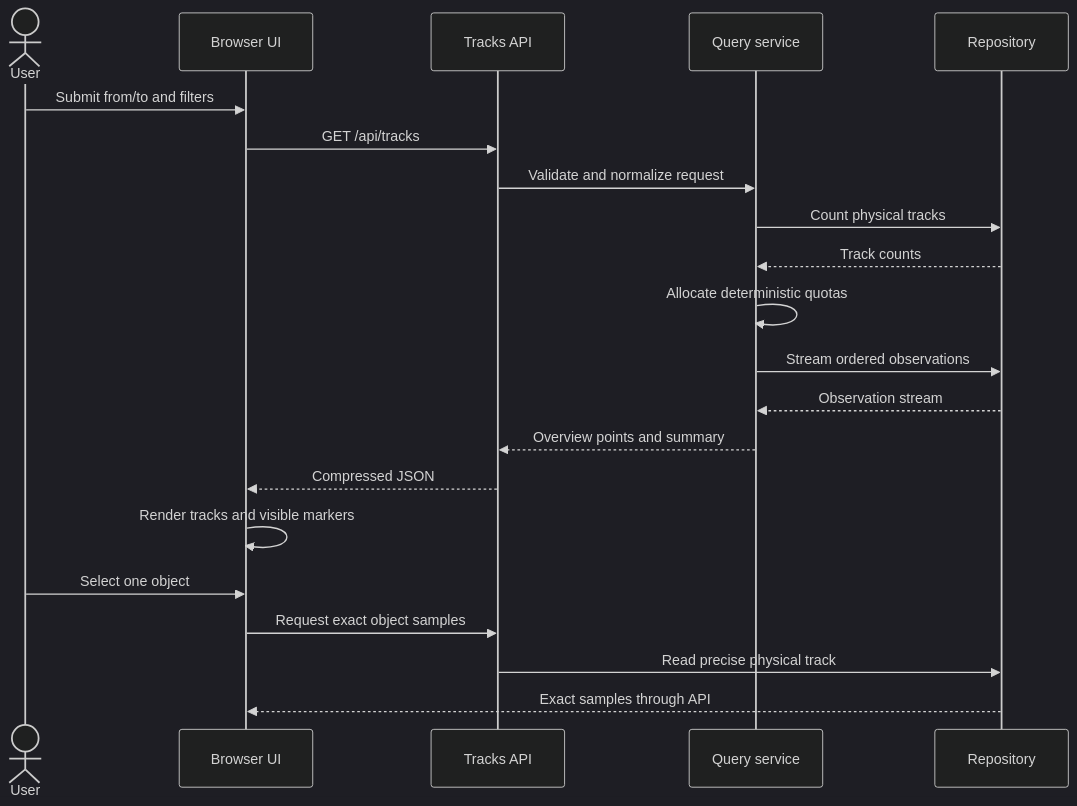
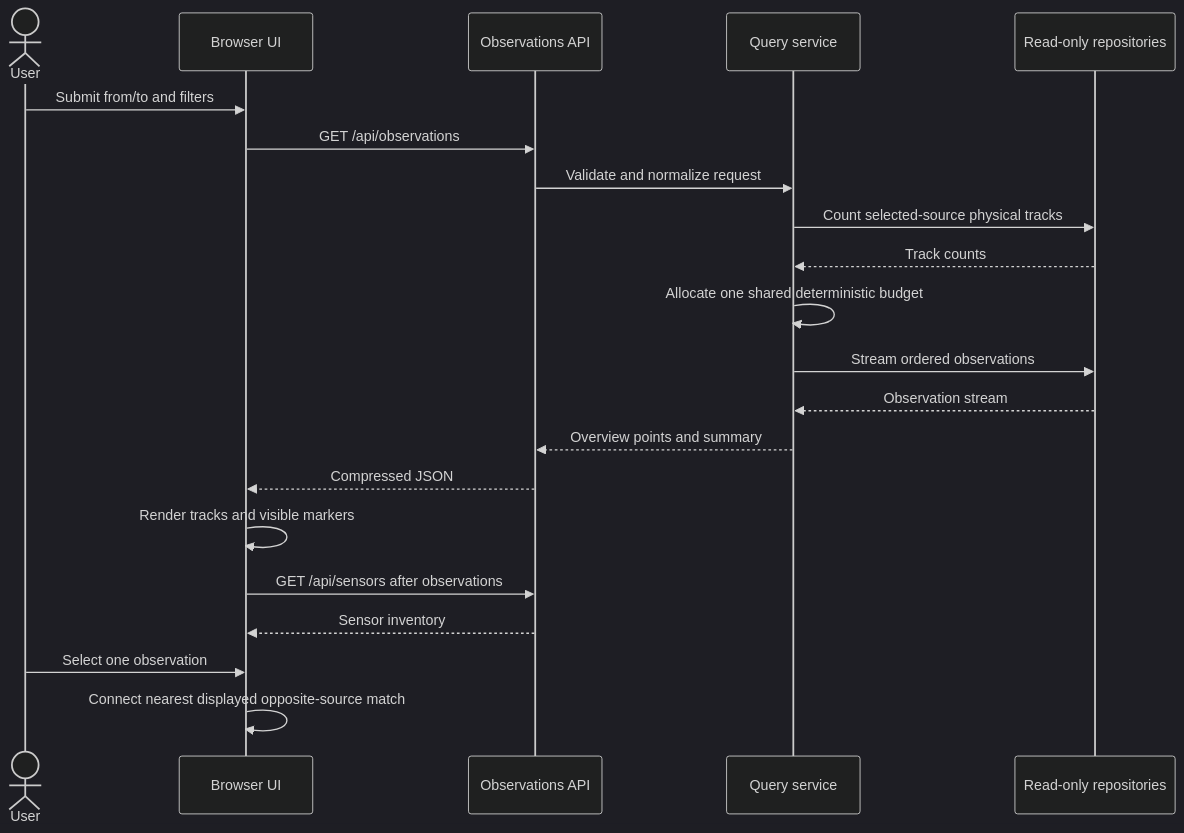
Before and after one commit to krait4g/radar-correction-explorer: the second of 2 diagrams in docs/ARCHITECTURE.md, drawn with Mermaid (dark theme). The commit also changed other lines of this file and 29 other files, not shown here.

````diff
--- a/docs/ARCHITECTURE.md
+++ b/docs/ARCHITECTURE.md
@@ -77,24 +82,24 @@
 ```mermaid
 sequenceDiagram
     actor User
     participant UI as Browser UI
-    participant API as Tracks API
+    participant API as Observations API
     participant Service as Query service
-    participant Repo as Repository
+    participant Repo as Read-only repositories
 
     User->>UI: Submit from/to and filters
-    UI->>API: GET /api/tracks
+    UI->>API: GET /api/observations
     API->>Service: Validate and normalize request
-    Service->>Repo: Count physical tracks
+    Service->>Repo: Count selected-source physical tracks
     Repo-->>Service: Track counts
-    Service->>Service: Allocate deterministic quotas
+    Service->>Service: Allocate one shared deterministic budget
     Service->>Repo: Stream ordered observations
     Repo-->>Service: Observation stream
     Service-->>API: Overview points and summary
     API-->>UI: Compressed JSON
     UI->>UI: Render tracks and visible markers
-    User->>UI: Select one object
-    UI->>API: Request exact object samples
-    API->>Repo: Read precise physical track
-    Repo-->>UI: Exact samples through API
+    UI->>API: GET /api/sensors after observations
+    API-->>UI: Sensor inventory
+    User->>UI: Select one observation
+    UI->>UI: Connect nearest displayed opposite-source match
 ```
````
